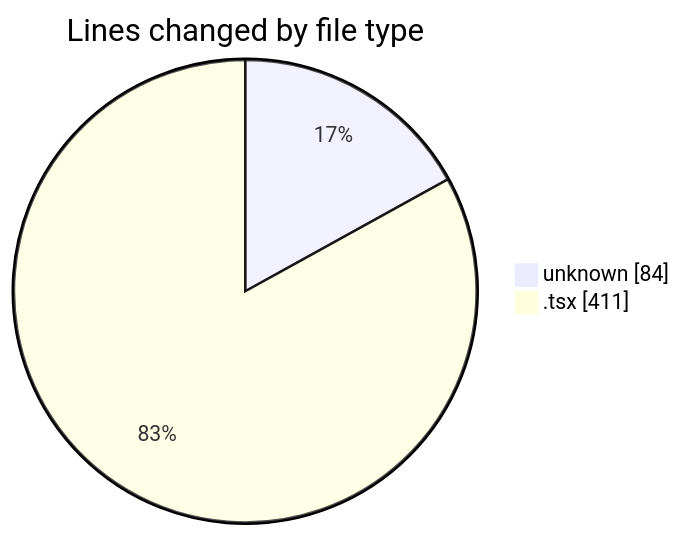
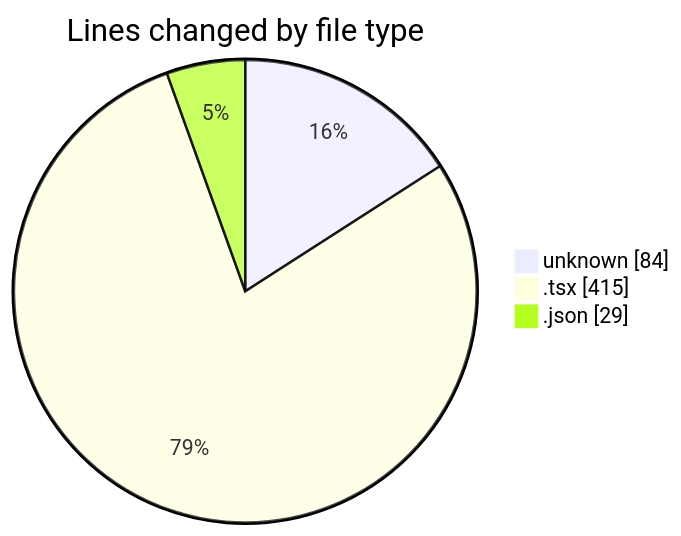
Before and after one commit to Elitesun/code-tracking: the first of 2 diagrams in 2025-05-15/niten/README.md, drawn with Mermaid. The commit also changed other lines of this file and 1 other file, not shown here.

````diff
--- a/2025-05-15/niten/README.md
+++ b/2025-05-15/niten/README.md
@@ -23,6 +24,7 @@
 ```mermaid
 pie showData
 title Lines changed by file type
 "unknown" : 84
-".tsx" : 411
+".tsx" : 415
+".json" : 29
 ```
````
